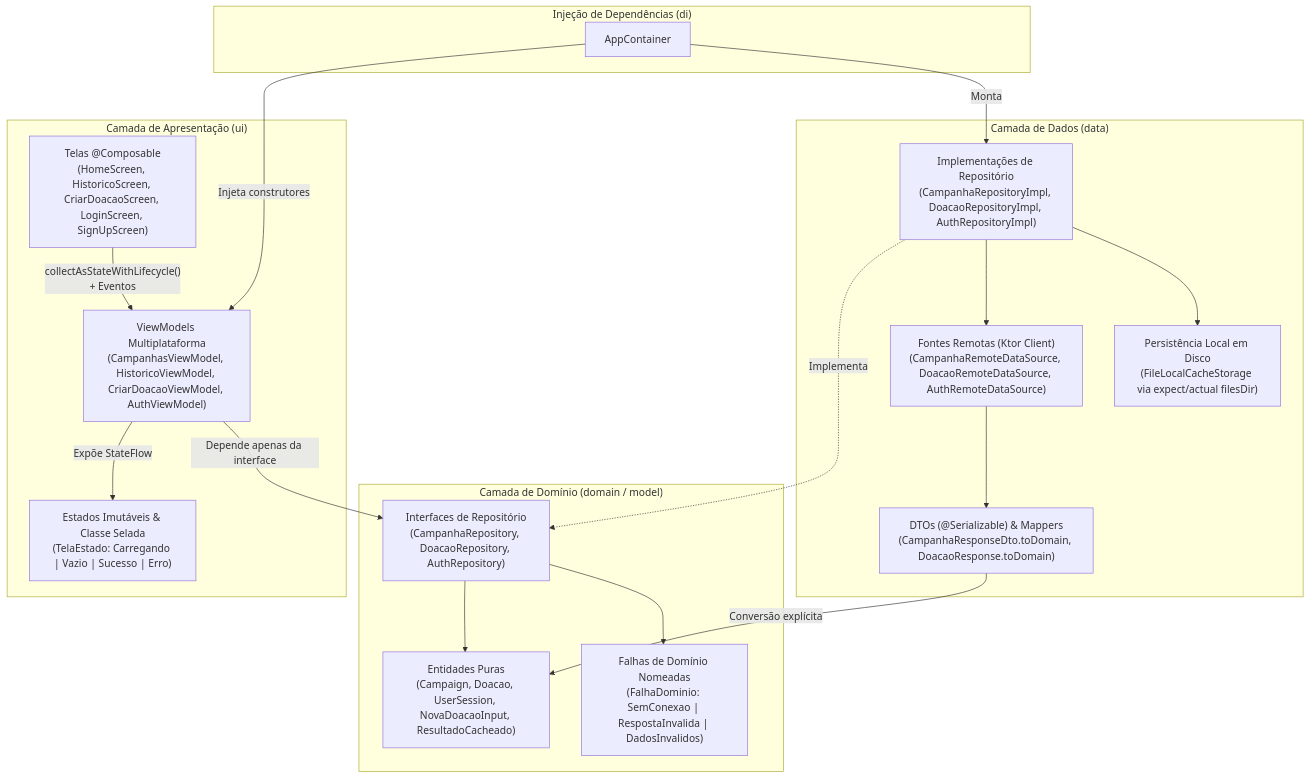
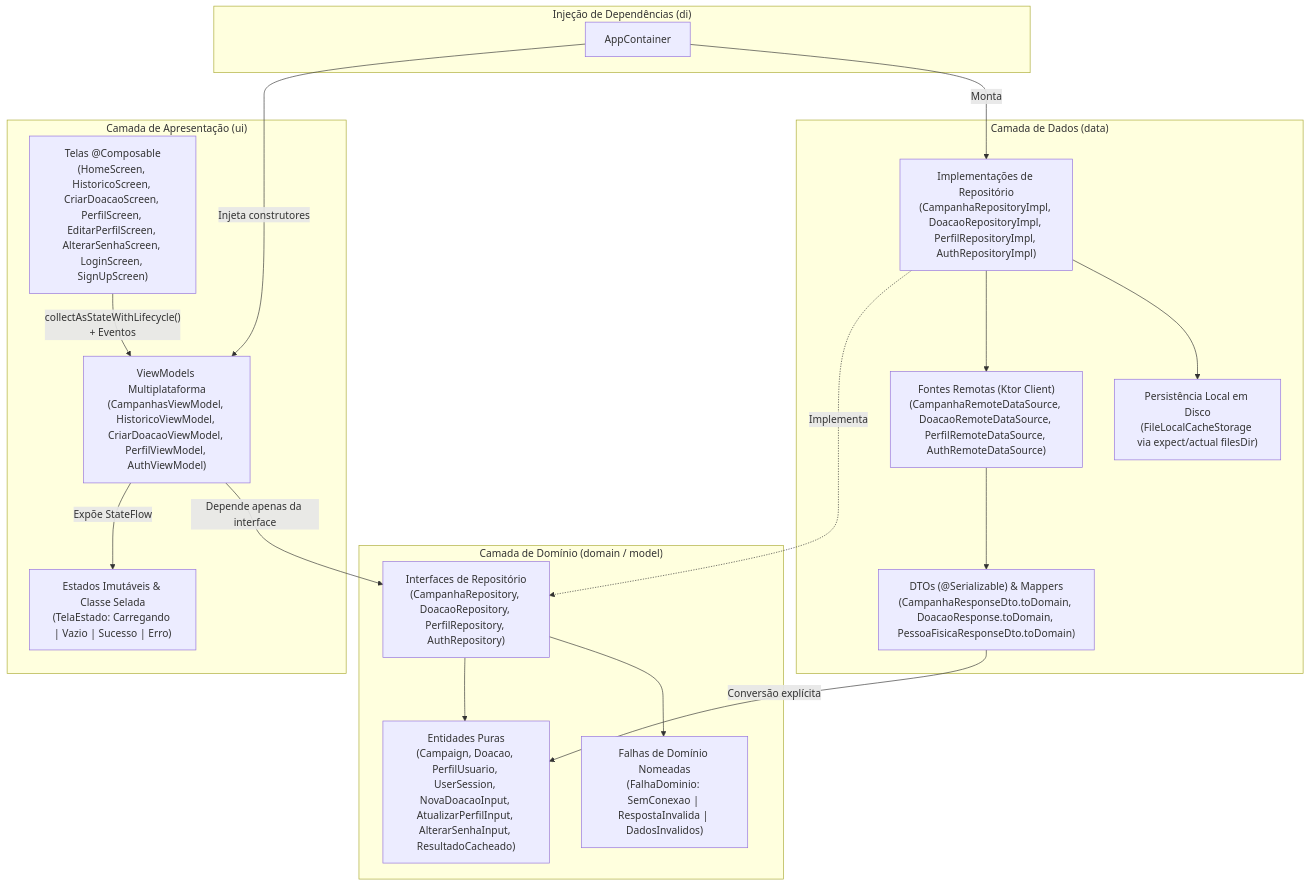
Before and after one commit to Henrique-Barbosaa/donation-app: the first of 2 diagrams in docs/arquitetura.md, drawn with Mermaid. The commit also changed 19 other files, not shown here.

Commit message:
feat: implementa aba de perfil, edicao de dados e alteracao de senha (#6)

````diff
--- a/docs/arquitetura.md
+++ b/docs/arquitetura.md
@@ -11,38 +11,38 @@
 ```mermaid
 flowchart TD
     subgraph UI["Camada de Apresentação (ui)"]
-        Screens["Telas @Composable\n(HomeScreen, HistoricoScreen, CriarDoacaoScreen, LoginScreen, SignUpScreen)"]
-        ViewModels["ViewModels Multiplataforma\n(CampanhasViewModel, HistoricoViewModel, CriarDoacaoViewModel, AuthViewModel)"]
+        Screens["Telas @Composable\n(HomeScreen, HistoricoScreen, CriarDoacaoScreen, PerfilScreen, EditarPerfilScreen, AlterarSenhaScreen, LoginScreen, SignUpScreen)"]
+        ViewModels["ViewModels Multiplataforma\n(CampanhasViewModel, HistoricoViewModel, CriarDoacaoViewModel, PerfilViewModel, AuthViewModel)"]
         TelaEstado["Estados Imutáveis & Classe Selada\n(TelaEstado: Carregando | Vazio | Sucesso | Erro)"]
     end
 
     subgraph DOMAIN["Camada de Domínio (domain / model)"]
-        Entities["Entidades Puras\n(Campaign, Doacao, UserSession, NovaDoacaoInput, ResultadoCacheado)"]
-        RepoInterfaces["Interfaces de Repositório\n(CampanhaRepository, DoacaoRepository, AuthRepository)"]
+        Entities["Entidades Puras\n(Campaign, Doacao, PerfilUsuario, UserSession, NovaDoacaoInput, AtualizarPerfilInput, AlterarSenhaInput, ResultadoCacheado)"]
+        RepoInterfaces["Interfaces de Repositório\n(CampanhaRepository, DoacaoRepository, PerfilRepository, AuthRepository)"]
         DomainErrors["Falhas de Domínio Nomeadas\n(FalhaDominio: SemConexao | RespostaInvalida | DadosInvalidos)"]
     end
 
     subgraph DATA["Camada de Dados (data)"]
-        RepoImpl["Implementações de Repositório\n(CampanhaRepositoryImpl, DoacaoRepositoryImpl, AuthRepositoryImpl)"]
-        RemoteDS["Fontes Remotas (Ktor Client)\n(CampanhaRemoteDataSource, DoacaoRemoteDataSource, AuthRemoteDataSource)"]
-        DTOs["DTOs (@Serializable) & Mappers\n(CampanhaResponseDto.toDomain, DoacaoResponse.toDomain)"]
+        RepoImpl["Implementações de Repositório\n(CampanhaRepositoryImpl, DoacaoRepositoryImpl, PerfilRepositoryImpl, AuthRepositoryImpl)"]
+        RemoteDS["Fontes Remotas (Ktor Client)\n(CampanhaRemoteDataSource, DoacaoRemoteDataSource, PerfilRemoteDataSource, AuthRemoteDataSource)"]
+        DTOs["DTOs (@Serializable) & Mappers\n(CampanhaResponseDto.toDomain, DoacaoResponse.toDomain, PessoaFisicaResponseDto.toDomain)"]
         LocalCache["Persistência Local em Disco\n(FileLocalCacheStorage via expect/actual filesDir)"]
     end
 
     subgraph DI["Injeção de Dependências (di)"]
         Container["AppContainer"]
     end
 
     Screens -->|"collectAsStateWithLifecycle()\n+ Eventos"| ViewModels
     ViewModels -->|"Expõe StateFlow"| TelaEstado
     ViewModels -->|"Depende apenas da interface"| RepoInterfaces
     RepoInterfaces --> Entities
     RepoInterfaces --> DomainErrors
     RepoImpl -.->|"Implementa"| RepoInterfaces
     RepoImpl --> RemoteDS
     RepoImpl --> LocalCache
     RemoteDS --> DTOs
     DTOs -->|"Conversão explícita"| Entities
     Container -->|"Injeta construtores"| ViewModels
     Container -->|"Monta"| RepoImpl
 ```
````
